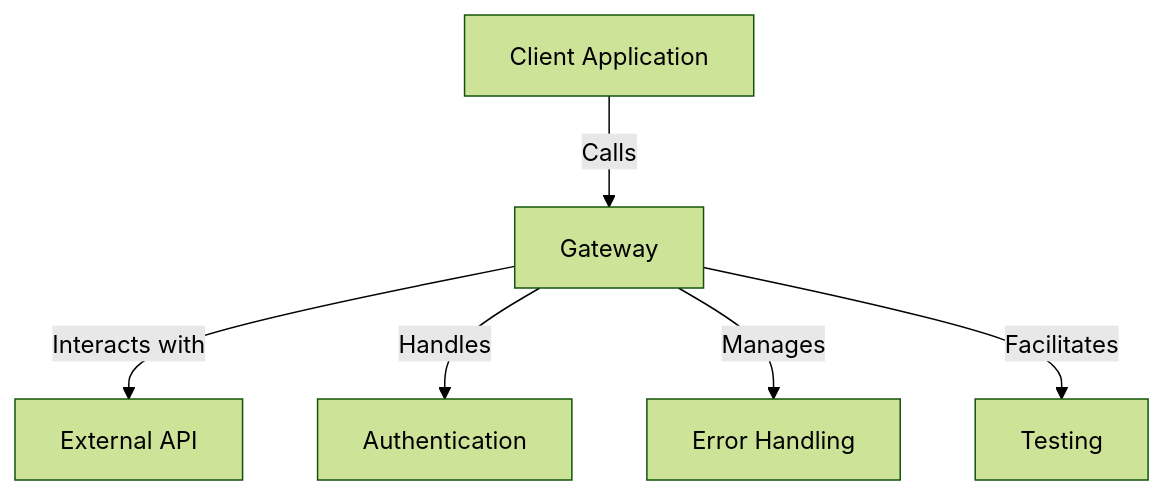
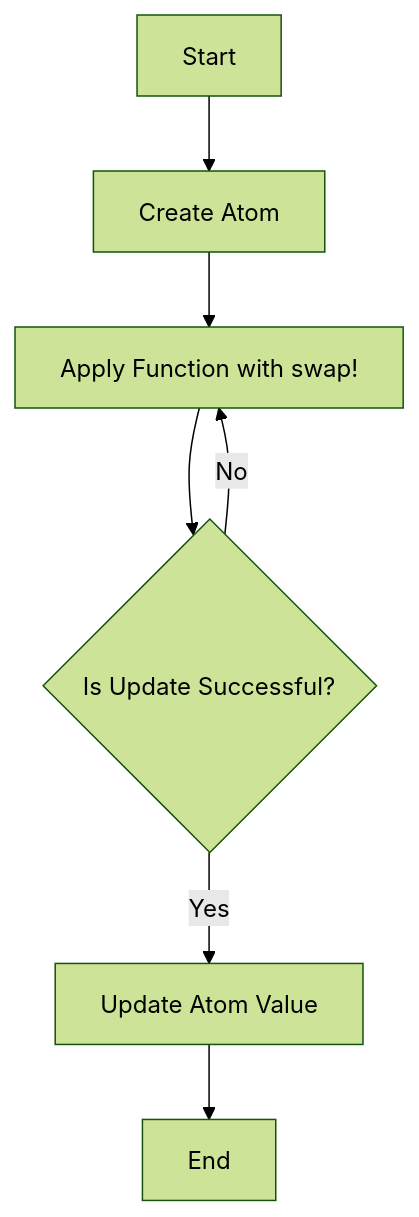
The diagram in content/patterns-clojure/9/3/index.md (MasteryEducation/SoftwarePatternsLexicon.com), drawn with Mermaid (forest theme) before and after one commit. The commit also changed other lines of this file and 462 other files, not shown here.

````diff
--- a/content/patterns-clojure/9/3/index.md
+++ b/content/patterns-clojure/9/3/index.md
@@ -57,8 +94,9 @@
 ```mermaid
 graph TD;
-    A[Client Application] -->|Calls| B[Gateway]
-    B -->|Interacts with| C[External API]
-    B -->|Handles| D[Authentication]
-    B -->|Manages| E[Error Handling]
-    B -->|Facilitates| F[Testing]
+    A[Start] --> B[Create Atom];
+    B --> C[Apply Function with swap!];
+    C --> D{Is Update Successful?};
+    D -->|Yes| E[Update Atom Value];
+    D -->|No| C;
+    E --> F[End];
 ```
````
